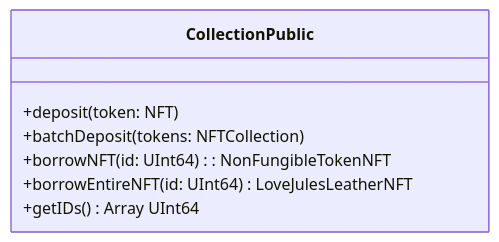
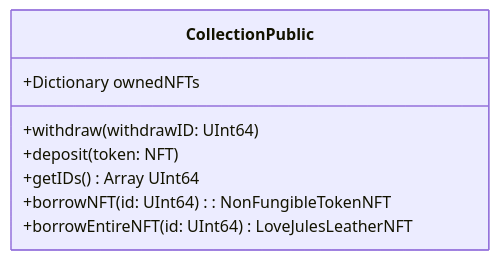
The seventh of 9 diagrams in cadence/contracts/LoveJulesLeather.cdc.md (Ethos-Multiverse/flow-love-jules-leather), drawn with Mermaid before and after one commit. The commit also changed other lines of this file, not shown here.

Commit message:
update class diagrams

````diff
--- a/cadence/contracts/LoveJulesLeather.cdc.md
+++ b/cadence/contracts/LoveJulesLeather.cdc.md
@@ -129,10 +129,11 @@
 ``` mermaid
 			  classDiagram
 			  class CollectionPublic{
-			  +deposit(token: NFT) 
-			  +batchDeposit(tokens: NFTCollection)
-			  +borrowNFT(id: UInt64): NonFungibleTokenNFT
-			  +borrowEntireNFT(id: UInt64) LoveJulesLeatherNFT
-			  +getIDs()  Array UInt64
+				+Dictionary ownedNFTs
+				+withdraw(withdrawID: UInt64)
+				+deposit(token: NFT) 
+				+getIDs()  Array UInt64
+				+borrowNFT(id: UInt64): NonFungibleTokenNFT
+				+borrowEntireNFT(id: UInt64) LoveJulesLeatherNFT
 			  }
 ```
````
